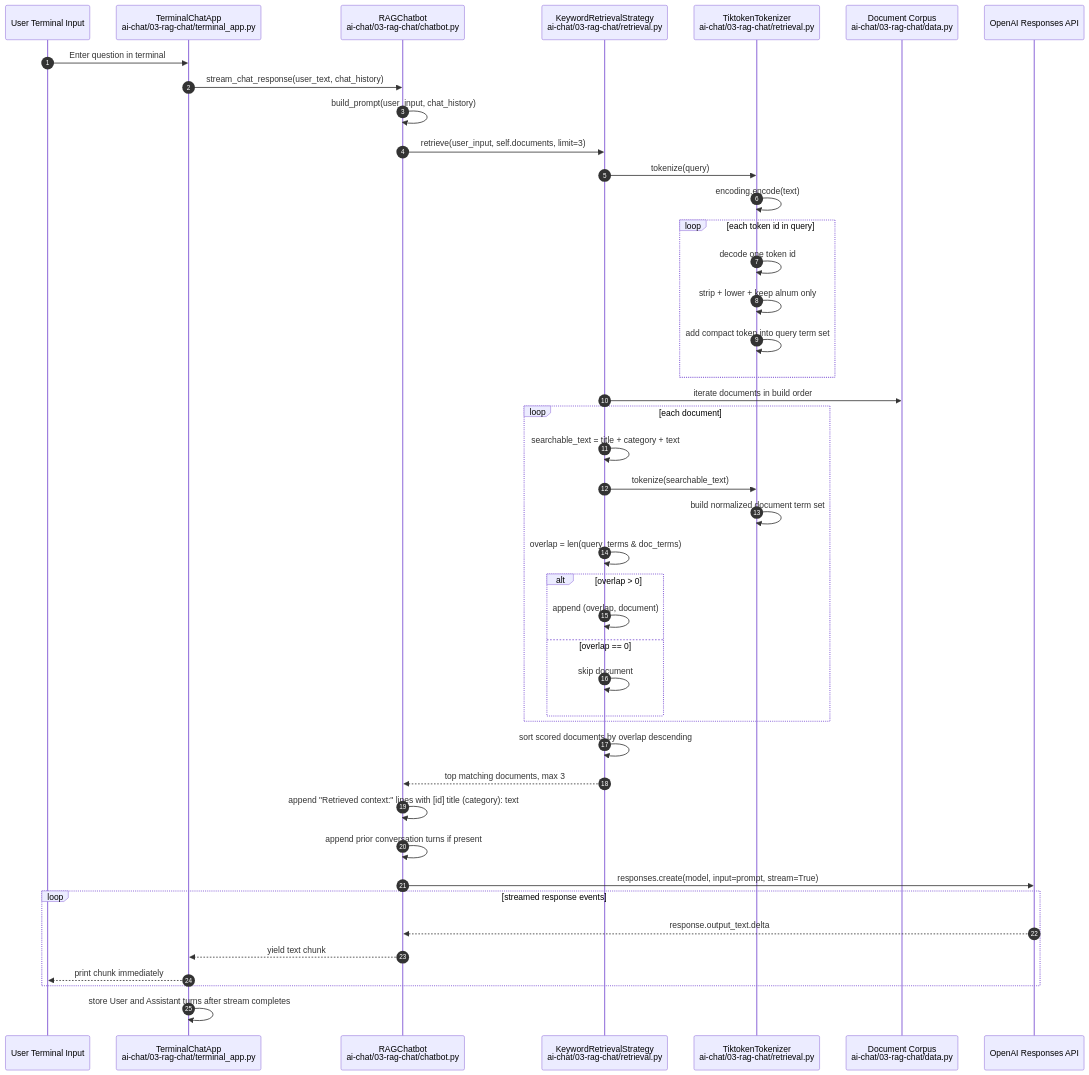
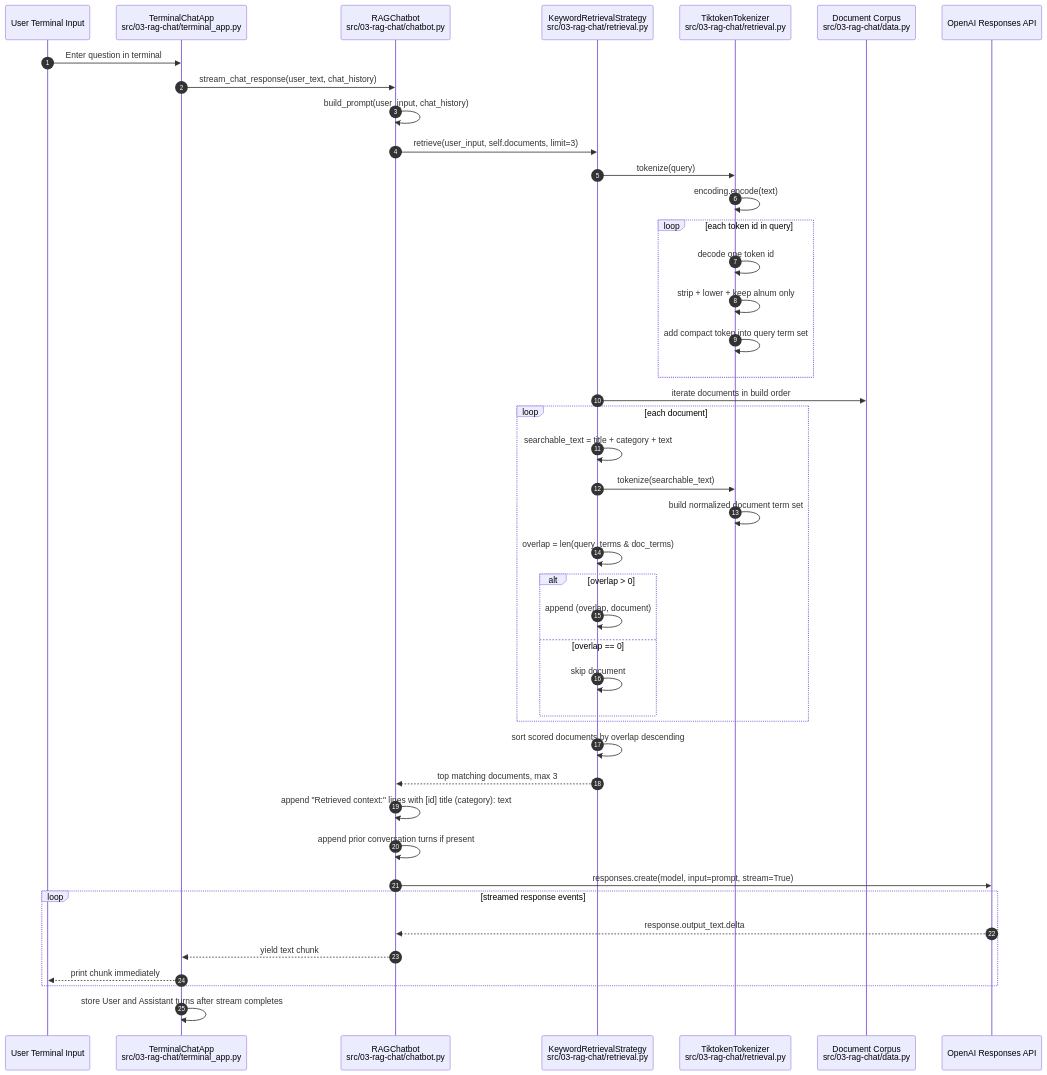
The third of 8 diagrams in Architecture.md (yao-creative/ai-playground), drawn with Mermaid before and after one commit. The commit also changed other lines of this file and 6 other files, not shown here.

Commit message:
renamed ai-chat to src

````diff
--- a/Architecture.md
+++ b/Architecture.md
@@ -318,46 +318,46 @@
 ```mermaid
 sequenceDiagram
     autonumber
     participant User as User Terminal Input
-    participant App as TerminalChatApp<br/>ai-chat/03-rag-chat/terminal_app.py
-    participant Bot as RAGChatbot<br/>ai-chat/03-rag-chat/chatbot.py
-    participant Retrieve as KeywordRetrievalStrategy<br/>ai-chat/03-rag-chat/retrieval.py
-    participant Tokenizer as TiktokenTokenizer<br/>ai-chat/03-rag-chat/retrieval.py
-    participant Corpus as Document Corpus<br/>ai-chat/03-rag-chat/data.py
+    participant App as TerminalChatApp<br/>src/03-rag-chat/terminal_app.py
+    participant Bot as RAGChatbot<br/>src/03-rag-chat/chatbot.py
+    participant Retrieve as KeywordRetrievalStrategy<br/>src/03-rag-chat/retrieval.py
+    participant Tokenizer as TiktokenTokenizer<br/>src/03-rag-chat/retrieval.py
+    participant Corpus as Document Corpus<br/>src/03-rag-chat/data.py
     participant OpenAI as OpenAI Responses API
 
     User->>App: Enter question in terminal
     App->>Bot: stream_chat_response(user_text, chat_history)
     Bot->>Bot: build_prompt(user_input, chat_history)
     Bot->>Retrieve: retrieve(user_input, self.documents, limit=3)
     Retrieve->>Tokenizer: tokenize(query)
     Tokenizer->>Tokenizer: encoding.encode(text)
     loop each token id in query
         Tokenizer->>Tokenizer: decode one token id
         Tokenizer->>Tokenizer: strip + lower + keep alnum only
         Tokenizer->>Tokenizer: add compact token into query term set
     end
     Retrieve->>Corpus: iterate documents in build order
     loop each document
         Retrieve->>Retrieve: searchable_text = title + category + text
         Retrieve->>Tokenizer: tokenize(searchable_text)
         Tokenizer->>Tokenizer: build normalized document term set
         Retrieve->>Retrieve: overlap = len(query_terms & doc_terms)
         alt overlap > 0
             Retrieve->>Retrieve: append (overlap, document)
         else overlap == 0
             Retrieve->>Retrieve: skip document
         end
     end
     Retrieve->>Retrieve: sort scored documents by overlap descending
     Retrieve-->>Bot: top matching documents, max 3
     Bot->>Bot: append "Retrieved context:" lines with [id] title (category): text
     Bot->>Bot: append prior conversation turns if present
     Bot->>OpenAI: responses.create(model, input=prompt, stream=True)
     loop streamed response events
         OpenAI-->>Bot: response.output_text.delta
         Bot-->>App: yield text chunk
         App-->>User: print chunk immediately
     end
     App->>App: store User and Assistant turns after stream completes
 ```
````
